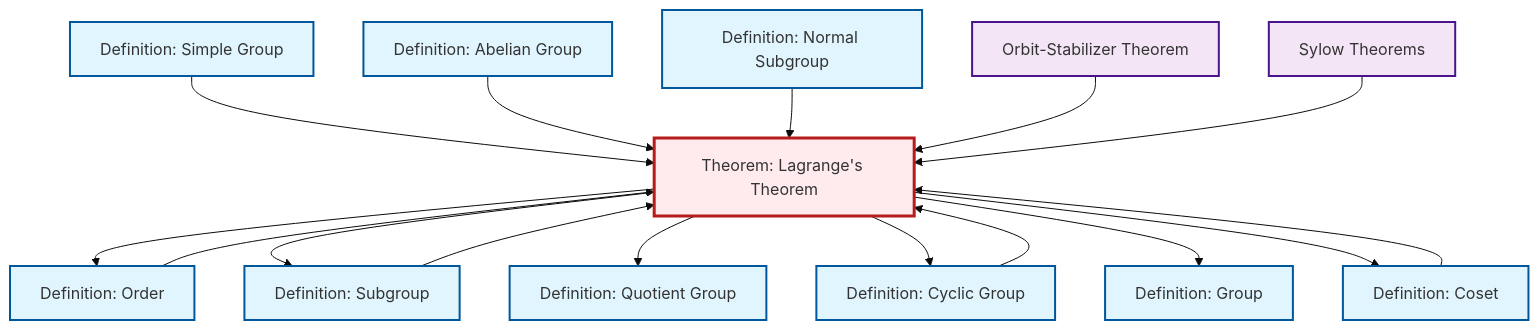
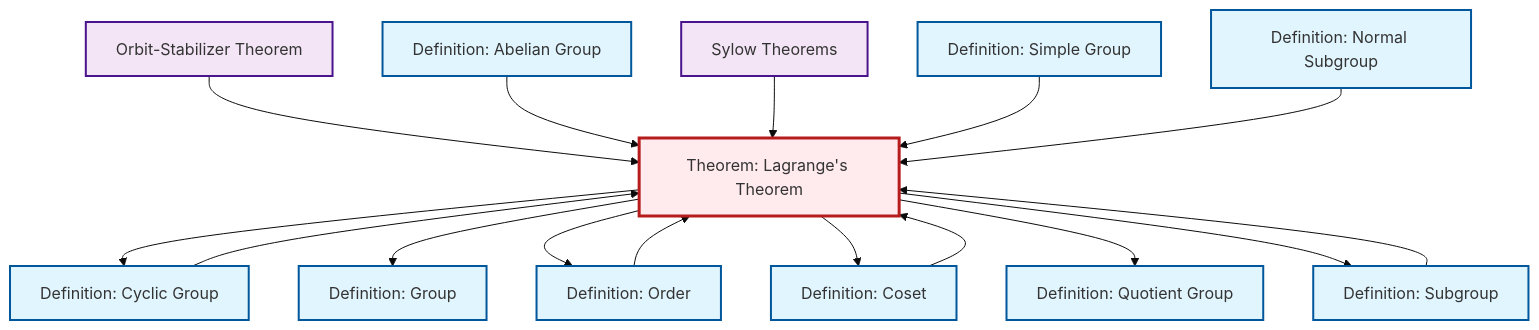
The diagram in content/en/algebra/thm-lagrange.qmd (RK0429/ModernMath), drawn with Mermaid (base theme) before and after one commit. The commit also changed other lines of this file and 1012 other files, not shown here.

````diff
--- a/content/en/algebra/thm-lagrange.qmd
+++ b/content/en/algebra/thm-lagrange.qmd
@@ -52,48 +52,48 @@
 ```{mermaid}
 %%| fig-cap: "Local dependency graph"
 graph TD
     classDef definition fill:#e1f5fe,stroke:#01579b,stroke-width:2px
     classDef theorem fill:#f3e5f5,stroke:#4a148c,stroke-width:2px
     classDef axiom fill:#fff3e0,stroke:#e65100,stroke-width:2px
     classDef example fill:#e8f5e9,stroke:#1b5e20,stroke-width:2px
     classDef current fill:#ffebee,stroke:#b71c1c,stroke-width:3px
+    def-simple-group["Definition: Simple Group"]:::definition
+    def-subgroup["Definition: Subgroup"]:::definition
+    thm-orbit-stabilizer["Orbit-Stabilizer Theorem"]:::theorem
+    def-cyclic-group["Definition: Cyclic Group"]:::definition
+    def-order["Definition: Order"]:::definition
     thm-lagrange["Theorem: Lagrange's Theorem"]:::theorem
-    def-cyclic-group["Definition: Cyclic Group"]:::definition
-    thm-orbit-stabilizer["Orbit-Stabilizer Theorem"]:::theorem
+    def-abelian-group["Definition: Abelian Group"]:::definition
+    thm-sylow["Sylow Theorems"]:::theorem
     def-normal-subgroup["Definition: Normal Subgroup"]:::definition
-    thm-sylow["Sylow Theorems"]:::theorem
-    def-order["Definition: Order"]:::definition
-    def-subgroup["Definition: Subgroup"]:::definition
+    def-coset["Definition: Coset"]:::definition
     def-quotient-group["Definition: Quotient Group"]:::definition
-    def-abelian-group["Definition: Abelian Group"]:::definition
-    def-coset["Definition: Coset"]:::definition
-    def-simple-group["Definition: Simple Group"]:::definition
     def-group["Definition: Group"]:::definition
+    thm-lagrange --> def-cyclic-group
+    thm-orbit-stabilizer --> thm-lagrange
+    thm-lagrange --> def-group
+    thm-lagrange --> def-order
+    thm-lagrange --> def-coset
+    def-subgroup --> thm-lagrange
+    def-abelian-group --> thm-lagrange
+    def-coset --> thm-lagrange
+    thm-lagrange --> def-quotient-group
+    thm-lagrange --> def-subgroup
+    thm-sylow --> thm-lagrange
+    def-simple-group --> thm-lagrange
+    def-order --> thm-lagrange
     def-cyclic-group --> thm-lagrange
-    thm-lagrange --> def-order
-    thm-lagrange --> def-subgroup
-    def-simple-group --> thm-lagrange
-    def-coset --> thm-lagrange
-    def-abelian-group --> thm-lagrange
     def-normal-subgroup --> thm-lagrange
-    def-order --> thm-lagrange
-    thm-lagrange --> def-quotient-group
-    thm-lagrange --> def-cyclic-group
-    thm-lagrange --> def-group
-    thm-orbit-stabilizer --> thm-lagrange
-    thm-sylow --> thm-lagrange
-    def-subgroup --> thm-lagrange
-    thm-lagrange --> def-coset
     class thm-lagrange current
+    click def-simple-group "def-simple-group.html" "Go to Simple Group definition"
+    click def-subgroup "def-subgroup.html" "Go to Subgroup definition"
+    click thm-orbit-stabilizer "thm-orbit-stabilizer.html" "Go to Orbit-Stabilizer Theorem"
     click def-cyclic-group "def-cyclic-group.html" "Go to Cyclic Group definition"
-    click thm-orbit-stabilizer "thm-orbit-stabilizer.html" "Go to Orbit-Stabilizer Theorem"
+    click def-order "def-order.html" "Go to Order definition"
+    click def-abelian-group "def-abelian-group.html" "Go to Abelian Group definition"
+    click thm-sylow "thm-sylow.html" "Go to Sylow Theorems"
     click def-normal-subgroup "def-normal-subgroup.html" "Go to Normal Subgroup definition"
-    click thm-sylow "thm-sylow.html" "Go to Sylow Theorems"
-    click def-order "def-order.html" "Go to Order definition"
-    click def-subgroup "def-subgroup.html" "Go to Subgroup definition"
+    click def-coset "def-coset.html" "Go to Coset definition"
     click def-quotient-group "def-quotient-group.html" "Go to Quotient Group definition"
-    click def-abelian-group "def-abelian-group.html" "Go to Abelian Group definition"
-    click def-coset "def-coset.html" "Go to Coset definition"
-    click def-simple-group "def-simple-group.html" "Go to Simple Group definition"
     click def-group "def-group.html" "Go to Group definition"
 ```
````
